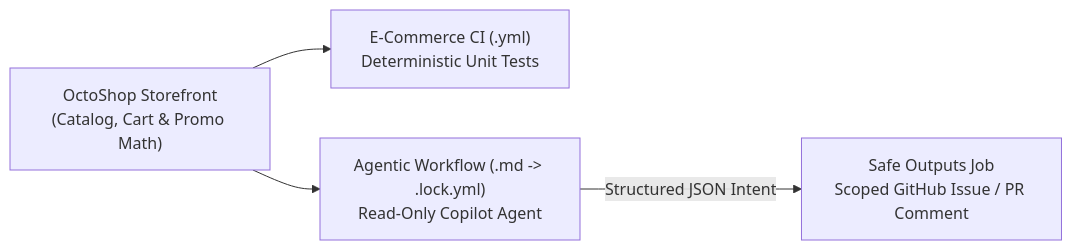
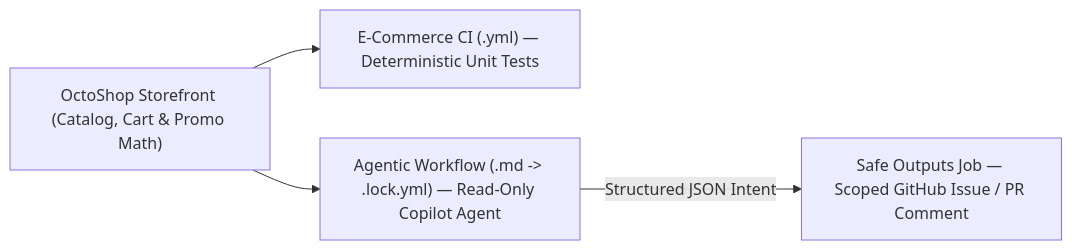
The diagram in README.md (AkashAi7/octoshop-agentic-CI), drawn with Mermaid before and after one commit. The commit also changed 2 other files, not shown here.

Commit message:
fix: render GitHub Mermaid flowchart cleanly and quote dollar amounts in CI simulation

````diff
--- a/README.md
+++ b/README.md
@@ -9,6 +9,6 @@
 ```mermaid
 flowchart LR
-    Code["OctoShop Storefront\n(Catalog, Cart & Promo Math)"] --> CI["E-Commerce CI (.yml)\nDeterministic Unit Tests"]
-    Code --> AW["Agentic Workflow (.md -> .lock.yml)\nRead-Only Copilot Agent"]
-    AW -->|"Structured JSON Intent"| SO["Safe Outputs Job\nScoped GitHub Issue / PR Comment"]
+    Code["OctoShop Storefront (Catalog, Cart & Promo Math)"] --> CI["E-Commerce CI (.yml) — Deterministic Unit Tests"]
+    Code --> AW["Agentic Workflow (.md -> .lock.yml) — Read-Only Copilot Agent"]
+    AW -->|"Structured JSON Intent"| SO["Safe Outputs Job — Scoped GitHub Issue / PR Comment"]
 ```
````
